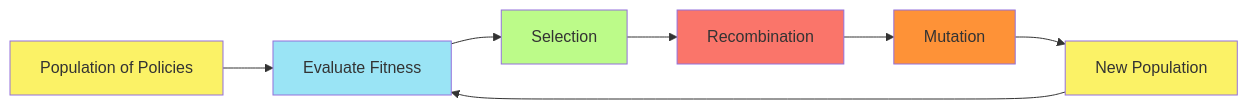
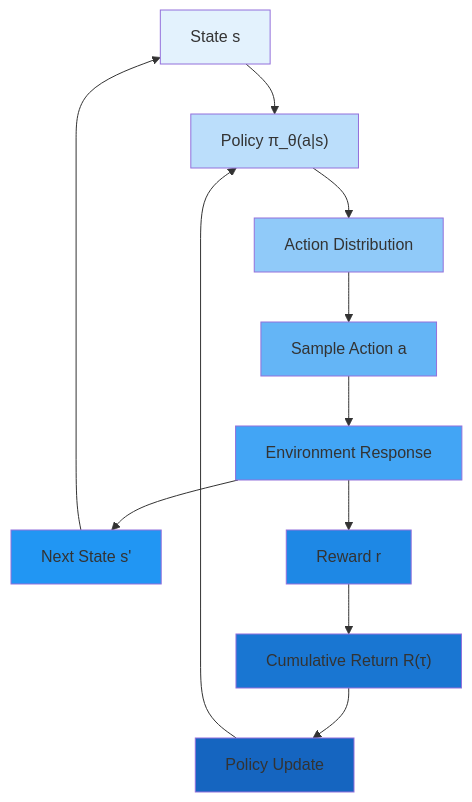
One commit to Chaklader/DPRL-Policy-based-methods changed the first of 4 diagrams in C_1.md. Above: the diagram before and after it, drawn with Mermaid. The commit also changed other lines of this file, not shown here.

````diff
--- a/C_1.md
+++ b/C_1.md
@@ -552,15 +25,23 @@
 ```mermaid
-graph LR
-    A[Population of Policies] --> B[Evaluate Fitness]
-    B --> C[Selection]
-    C --> D[Recombination]
-    D --> E[Mutation]
-    E --> F[New Population]
-    F --> B
-    style A fill:#FBF266
-    style B fill:#9AE4F5
-    style C fill:#BCFB89
-    style D fill:#FA756A
-    style E fill:#FE9237
-    style F fill:#FBF266
+graph TD
+    A["State s"] --> B["Policy π_θ(a|s)"]
+    B --> C["Action Distribution"]
+    C --> D["Sample Action a"]
+    D --> E["Environment Response"]
+    E --> F["Next State s'"]
+    E --> G["Reward r"]
+    F --> A
+    G --> H["Cumulative Return R(τ)"]
+    H --> I["Policy Update"]
+    I --> B
+
+    style A fill:#E3F2FD
+    style B fill:#BBDEFB
+    style C fill:#90CAF9
+    style D fill:#64B5F6
+    style E fill:#42A5F5
+    style F fill:#2196F3
+    style G fill:#1E88E5
+    style H fill:#1976D2
+    style I fill:#1565C0
 ```
````
